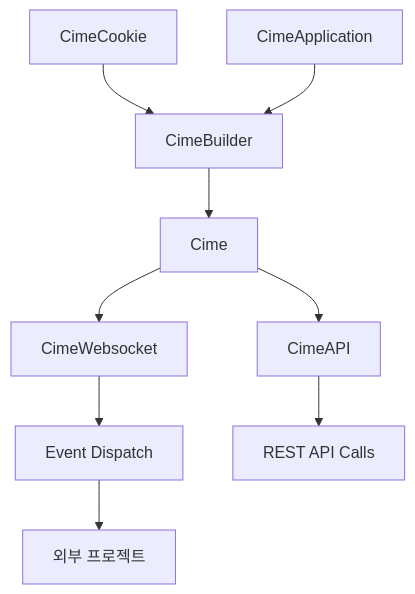
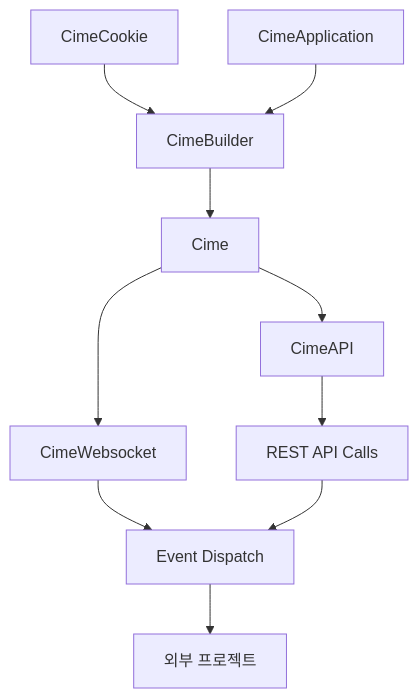
The diagram in README.md (as7ar/cime4j), drawn with Mermaid before and after one commit.

Commit message:
Fix formatting in README.md diagram

````diff
--- a/README.md
+++ b/README.md
@@ -142,13 +142,14 @@
 ```mermaid
 graph TD
     A[CimeBuilder] --> B[Cime]
     B --> C[CimeWebsocket]
     B --> D[CimeAPI]
     C --> E[Event Dispatch]
     D --> F[REST API Calls]
+    F --> E
 
     E -->I[외부 프로젝트]
     
     G[CimeCookie] --> A
     H[CimeApplication] --> A
 ```
````
